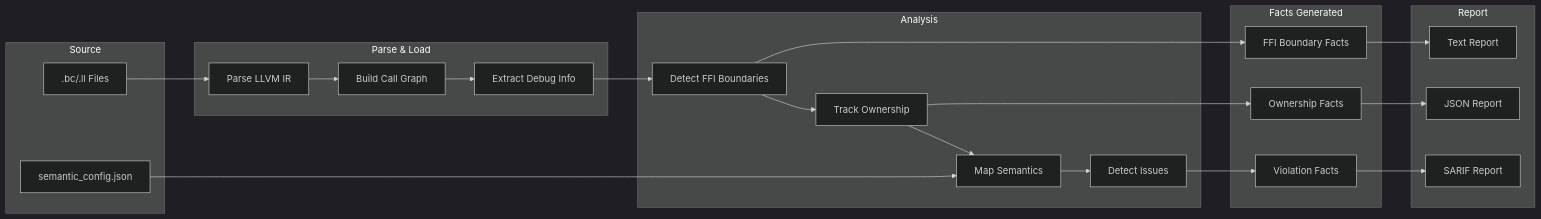
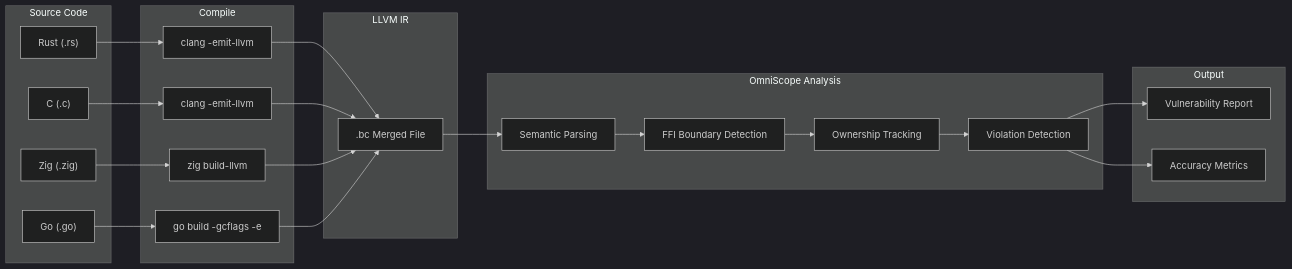
The third of 4 diagrams in README.md (Timwood0x10/OmniScope), drawn with Mermaid (dark theme) before and after one commit. The commit also changed other lines of this file and 9 other files, not shown here.

````diff
--- a/README.md
+++ b/README.md
@@ -171,47 +165,44 @@
 ```mermaid
 flowchart LR
-    subgraph Source["Source"]
-        BC[".bc/.ll Files"]
-        CFG["semantic_config.json"]
+    subgraph Source["Source Code"]
+        Rust["Rust (.rs)"]
+        C["C (.c)"]
+        Zig["Zig (.zig)"]
+        Go["Go (.go)"]
     end
-    
-    subgraph Parse["Parse & Load"]
-        P1["Parse LLVM IR"]
-        P2["Build Call Graph"]
-        P3["Extract Debug Info"]
+
+    subgraph Compile["Compile"]
+        LLVMRust["clang -emit-llvm"]
+        LLVMC["clang -emit-llvm"]
+        LLVMZig["zig build-llvm"]
+        LLVMGo["go build -gcflags -e"]
     end
-    
-    subgraph Analysis["Analysis"]
-        A1["Detect FFI Boundaries"]
-        A2["Track Ownership"]
-        A3["Map Semantics"]
-        A4["Detect Issues"]
+
+    subgraph IR["LLVM IR"]
+        BC[".bc Merged File"]
     end
-    
-    subgraph Facts["Facts Generated"]
-        F1["FFI Boundary Facts"]
-        F2["Ownership Facts"]
-        F3["Violation Facts"]
+
+    subgraph Analysis["OmniScope Analysis"]
+        Parse["Semantic Parsing"]
+        Detect["FFI Boundary Detection"]
+        Track["Ownership Tracking"]
+        Check["Violation Detection"]
     end
-    
-    subgraph Report["Report"]
-        R1["Text Report"]
-        R2["JSON Report"]
-        R3["SARIF Report"]
+
+    subgraph Result["Output"]
+        Report["Vulnerability Report"]
+        Metrics["Accuracy Metrics"]
     end
-    
-    BC --> P1
-    CFG --> A3
-    P1 --> P2
-    P2 --> P3
-    P3 --> A1
-    A1 --> A2
-    A2 --> A3
-    A3 --> A4
-    A1 --> F1
-    A2 --> F2
-    A4 --> F3
-    F1 --> R1
-    F2 --> R2
-    F3 --> R3
+
+    Rust --> LLVMRust
+    C --> LLVMC
+    Zig --> LLVMZig
+    Go --> LLVMGo
+    LLVMRust & LLVMC & LLVMZig & LLVMGo --> BC
+    BC --> Parse
+    Parse --> Detect
+    Detect --> Track
+    Track --> Check
+    Check --> Report
+    Check --> Metrics
 ```
````
